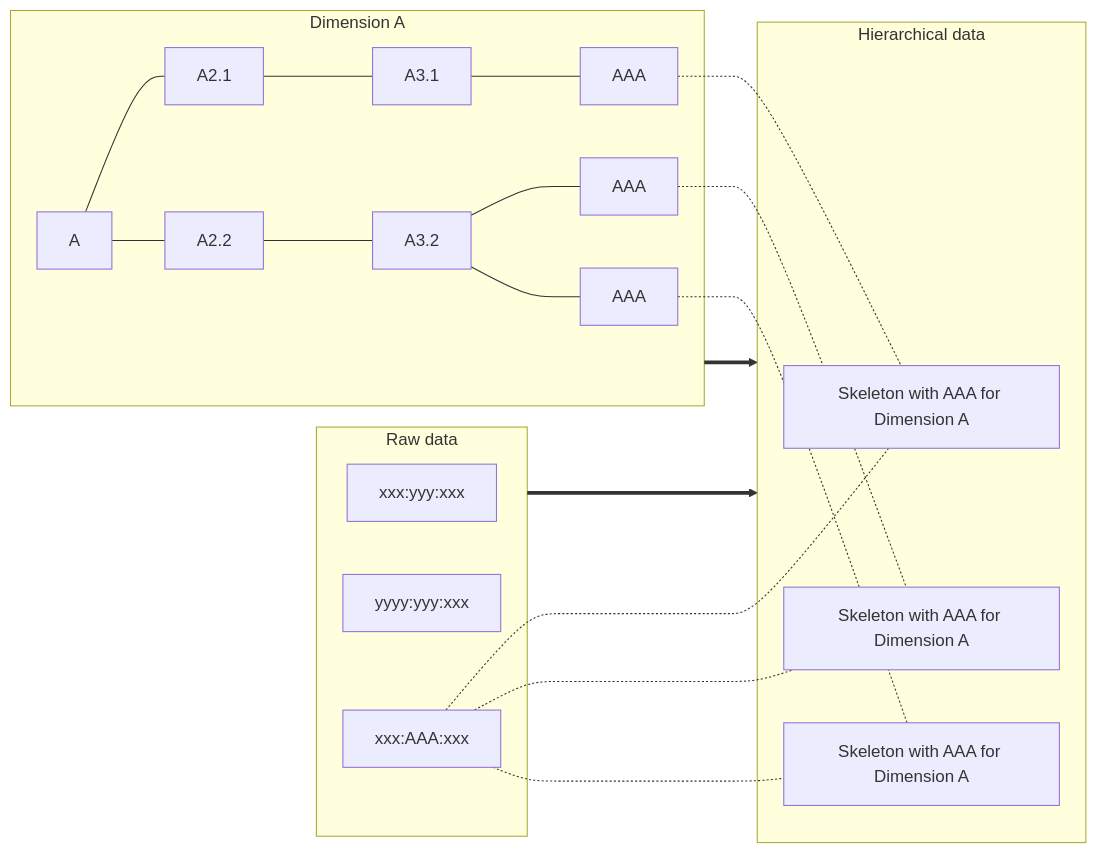
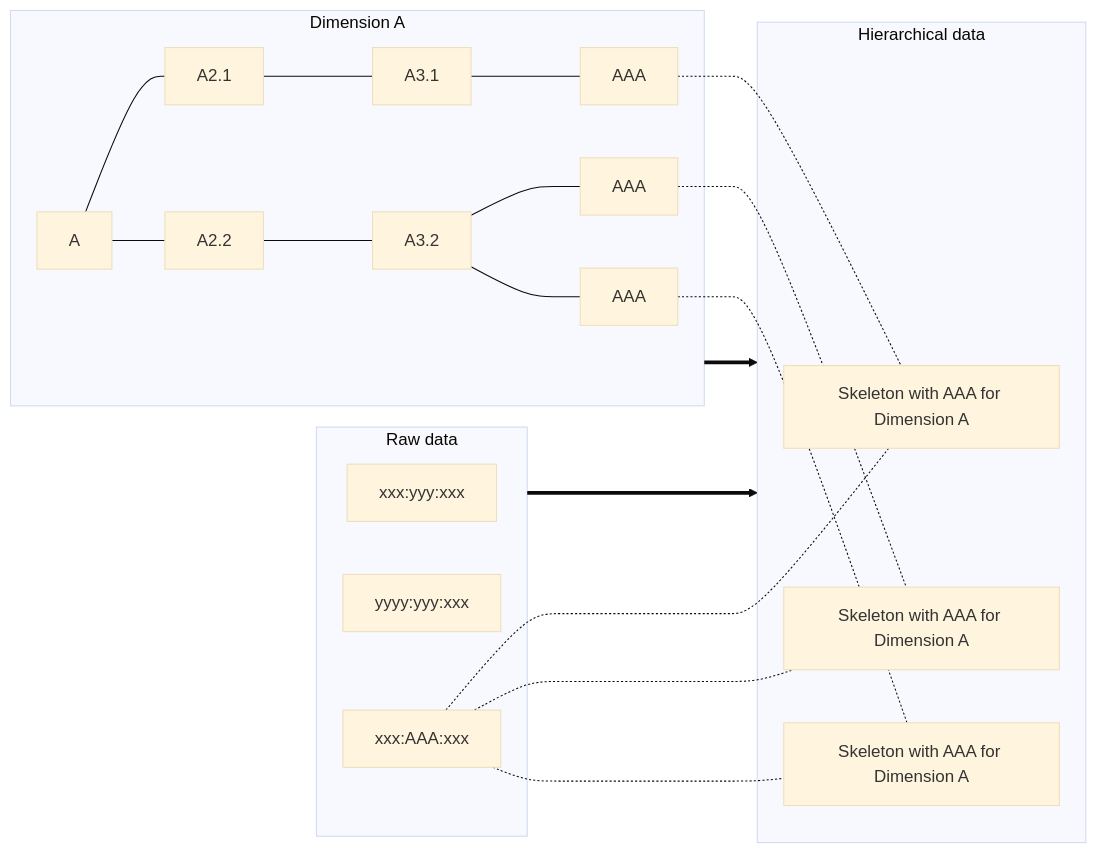
The fourth of 4 diagrams in README.md (CyLuGh/MultiDimensionsHierarchies), drawn with Mermaid before and after one commit. The commit also changed other lines of this file, not shown here.

````diff
--- a/README.md
+++ b/README.md
@@ -154,35 +163,37 @@
 ```mermaid
+%%{init: {'theme':'base'}}%%
+
 flowchart LR
 
 subgraph Raw[Raw data]
 	xxx:yyy:xxx
 	yyyy:yyy:xxx
 	xxx:AAA:xxx
 end
 
 subgraph DimA[Dimension A]
 	A --- A2.1 --- A3.1 --- AAA1
 	A --- A2.2 --- A3.2 --- AAA2
 	A3.2 --- AAA3
 end
 
 subgraph Generated[Hierarchical data]
 	AA1[Skeleton with AAA for Dimension A]
 	AA2[Skeleton with AAA for Dimension A]
 	AA3[Skeleton with AAA for Dimension A]
 end
 
 AAA1[AAA]
 AAA2[AAA]
 AAA3[AAA]
 
 DimA ==> Generated
 Raw ===> Generated
 
 AAA1 -.- AA1
 AAA2 -.- AA2
 AAA3 -.- AA3
 xxx:AAA:xxx -.- AA1
 xxx:AAA:xxx -.- AA2
 xxx:AAA:xxx -.- AA3
 ```
````
